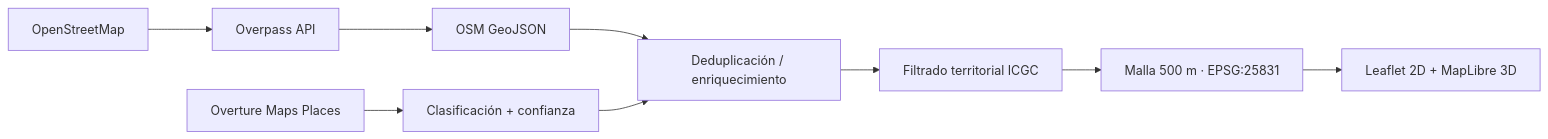
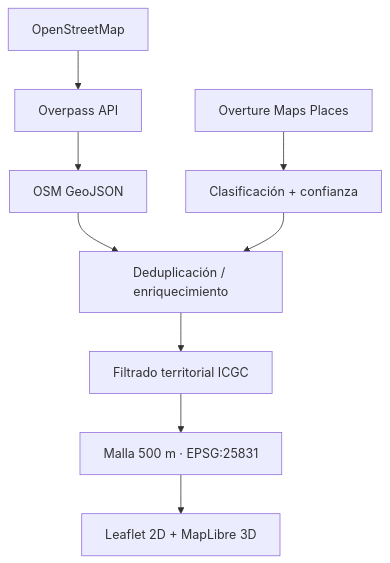
One commit to truquinio/sig-castelldefels changed the diagram in README.md. Above: the diagram before and after it, drawn with Mermaid. The commit also changed other lines of this file, not shown here.

```diff
--- a/README.md
+++ b/README.md
@@ -26,11 +26,11 @@
 ~~~mermaid
-flowchart LR
+flowchart TD
     O["OpenStreetMap"] --> A["Overpass API"]
     V["Overture Maps Places"] --> C["Clasificación + confianza"]
     A --> G["OSM GeoJSON"]
     G --> D["Deduplicación / enriquecimiento"]
     C --> D
     D --> F["Filtrado territorial ICGC"]
     F --> M["Malla 500 m · EPSG:25831"]
     M --> L["Leaflet 2D + MapLibre 3D"]
 ~~~
```
